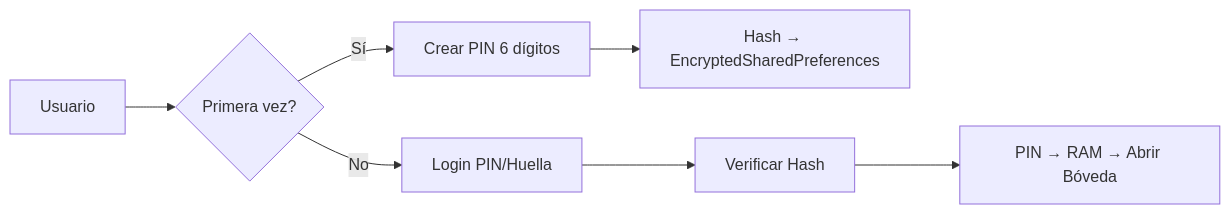
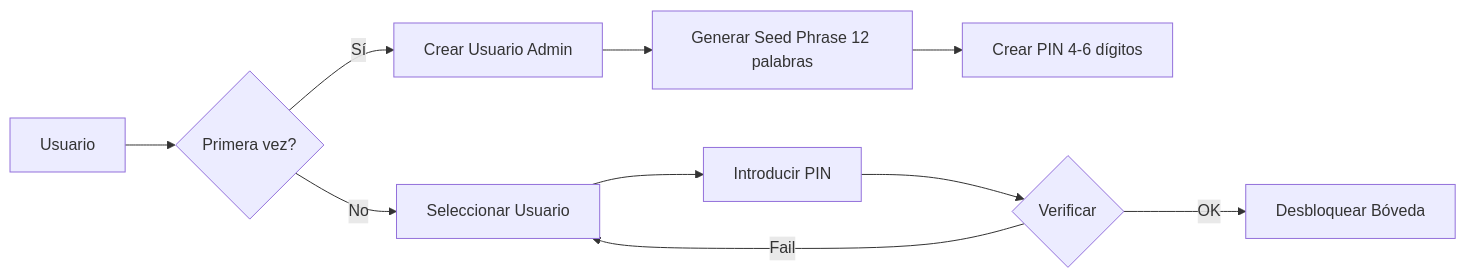
The first of 3 diagrams in documentación/arquitectura.md (friaseus-coder/Aegis-Core), drawn with Mermaid before and after one commit. The commit also changed other lines of this file and 43 other files, not shown here.

````diff
--- a/documentación/arquitectura.md
+++ b/documentación/arquitectura.md
@@ -38,9 +38,12 @@
 ```mermaid
 flowchart LR
     A[Usuario] --> B{Primera vez?}
-    B -->|Sí| C[Crear PIN 6 dígitos]
-    B -->|No| D[Login PIN/Huella]
-    C --> E[Hash → EncryptedSharedPreferences]
-    D --> F[Verificar Hash]
-    F --> G[PIN → RAM → Abrir Bóveda]
+    B -->|Sí| C[Crear Usuario Admin]
+    C --> D[Generar Seed Phrase 12 palabras]
+    D --> E[Crear PIN 4-6 dígitos]
+    B -->|No| F[Seleccionar Usuario]
+    F --> G[Introducir PIN]
+    G --> H{Verificar}
+    H -->|OK| I[Desbloquear Bóveda]
+    H -->|Fail| F
 ```
````
